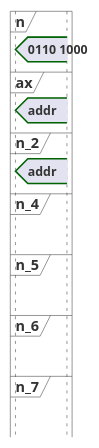
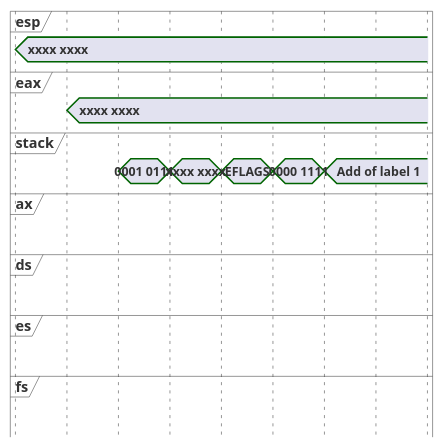
One commit to dongchaoanderuni/LinuxZeroOneOne changed the diagram in Figures/04_main/main_19.md. Above: the diagram before and after it, drawn with PlantUML. The commit also changed 20 other files, not shown here.

```diff
--- a/Figures/04_main/main_19.md
+++ b/Figures/04_main/main_19.md
@@ -1,20 +1,38 @@
 @startuml
 
 hide time-axis
-concise n
+concise esp
+concise eax
+concise stack
 concise ax
-concise n_2
-concise n_4
-concise n_5
-concise n_6
-concise n_7
-
+concise ds
+concise es
+concise fs
+concise ax
 
 @0
-n is "0110 1000"
-ax is addr
-n_2 is addr
+esp is "xxxx xxxx"
+
+@4
+eax is "xxxx xxxx"
+
+@8
+stack is "0001 0111"
+
+@12
+stack is "xxxx xxxx"
+
+@16
+stack is "EFLAGS"
+
+@20
+stack is "0000 1111"
+
+@24
+stack is "Add of label 1"
+
+@28
 
 
 
 @enduml
```
